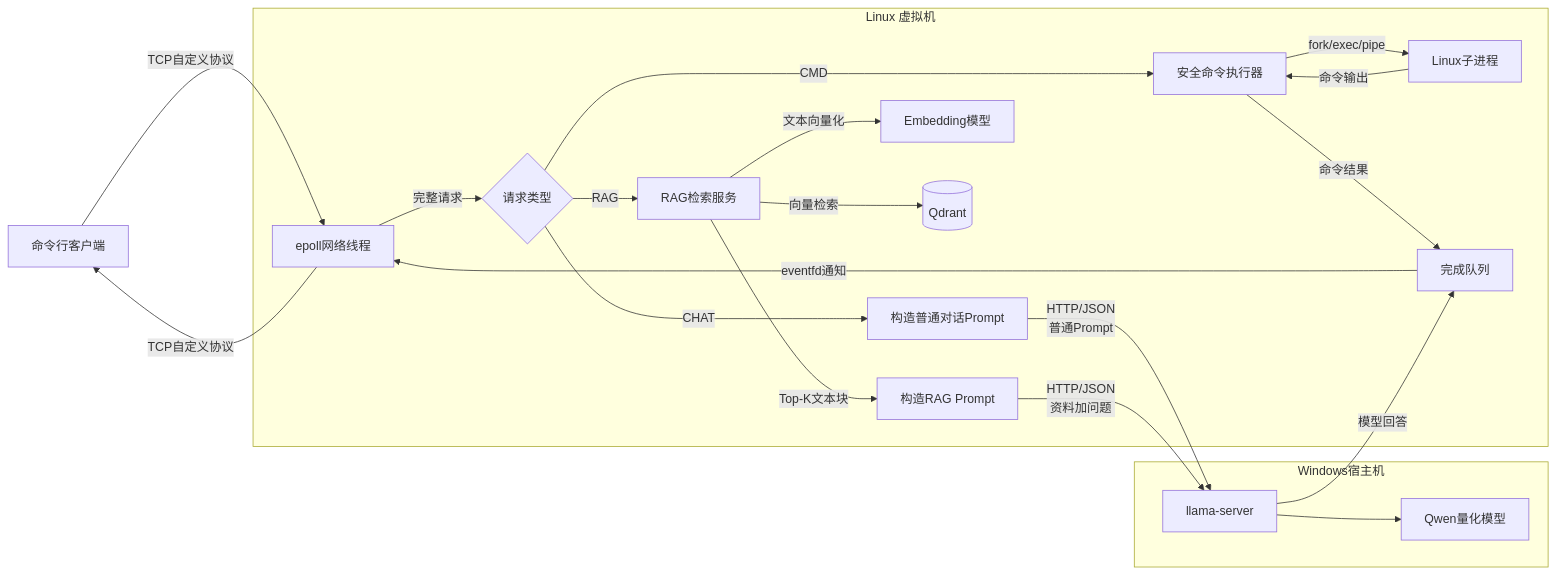
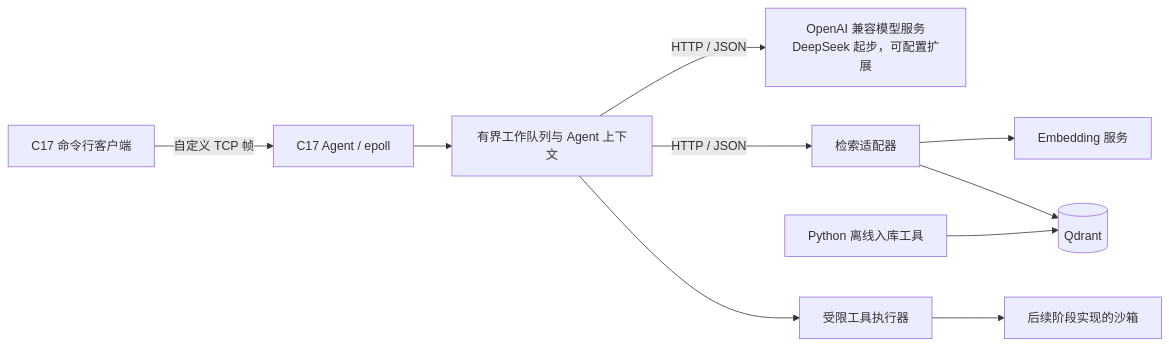
One commit to yiyi-tian/RAGent changed the diagram in README.md. Above: the diagram before and after it, drawn with Mermaid. The commit also changed other lines of this file and 20 other files, not shown here.

````diff
--- a/README.md
+++ b/README.md
@@ -33,48 +13,12 @@
 ```mermaid
 flowchart LR
-    C[命令行客户端]
-
-    subgraph VM[Linux 虚拟机]
-        N[epoll网络线程]
-        D{请求类型}
-
-        CP[构造普通对话Prompt]
-        RS[RAG检索服务]
-        E[Embedding模型]
-        Q[(Qdrant)]
-        RP[构造RAG Prompt]
-
-        X[安全命令执行器]
-        OS[Linux子进程]
-
-        CQ[完成队列]
-    end
-
-    subgraph WIN[Windows宿主机]
-        L[llama-server]
-        G[Qwen量化模型]
-    end
-
-    C -->|TCP自定义协议| N
-    N -->|完整请求| D
-
-    D -->|CHAT| CP
-    CP -->|HTTP/JSON<br/>普通Prompt| L
-
-    D -->|RAG| RS
-    RS -->|文本向量化| E
-    RS -->|向量检索| Q
-    RS -->|Top-K文本块| RP
-    RP -->|HTTP/JSON<br/>资料加问题| L
-
-    D -->|CMD| X
-    X -->|fork/exec/pipe| OS
-    OS -->|命令输出| X
-
-    L --> G
-    L -->|模型回答| CQ
-    X -->|命令结果| CQ
-
-    CQ -->|eventfd通知| N
-    N -->|TCP自定义协议| C
+    C[C17 命令行客户端] -->|自定义 TCP 帧| A[C17 Agent / epoll]
+    A --> W[有界工作队列与 Agent 上下文]
+    W -->|HTTP / JSON| L[OpenAI 兼容模型服务<br/>DeepSeek 起步，可配置扩展]
+    W -->|HTTP / JSON| R[检索适配器]
+    R --> E[Embedding 服务]
+    R --> Q[(Qdrant)]
+    W --> T[受限工具执行器]
+    T --> S[后续阶段实现的沙箱]
+    P[Python 离线入库工具] --> Q
 ```
````
